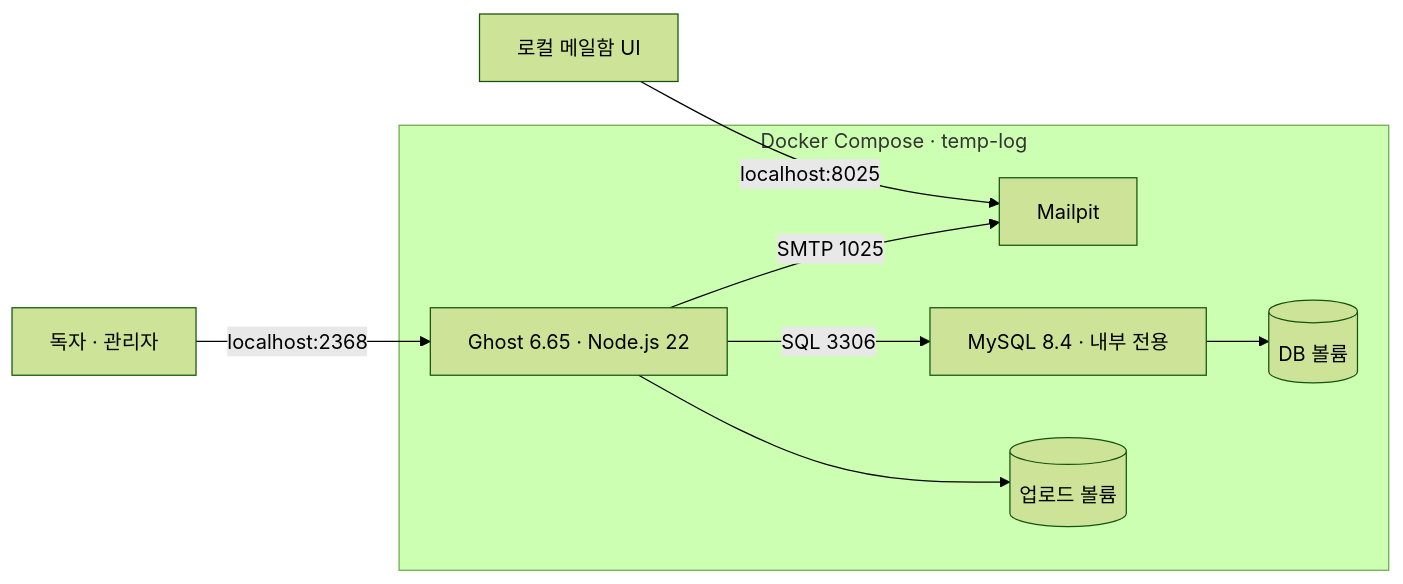
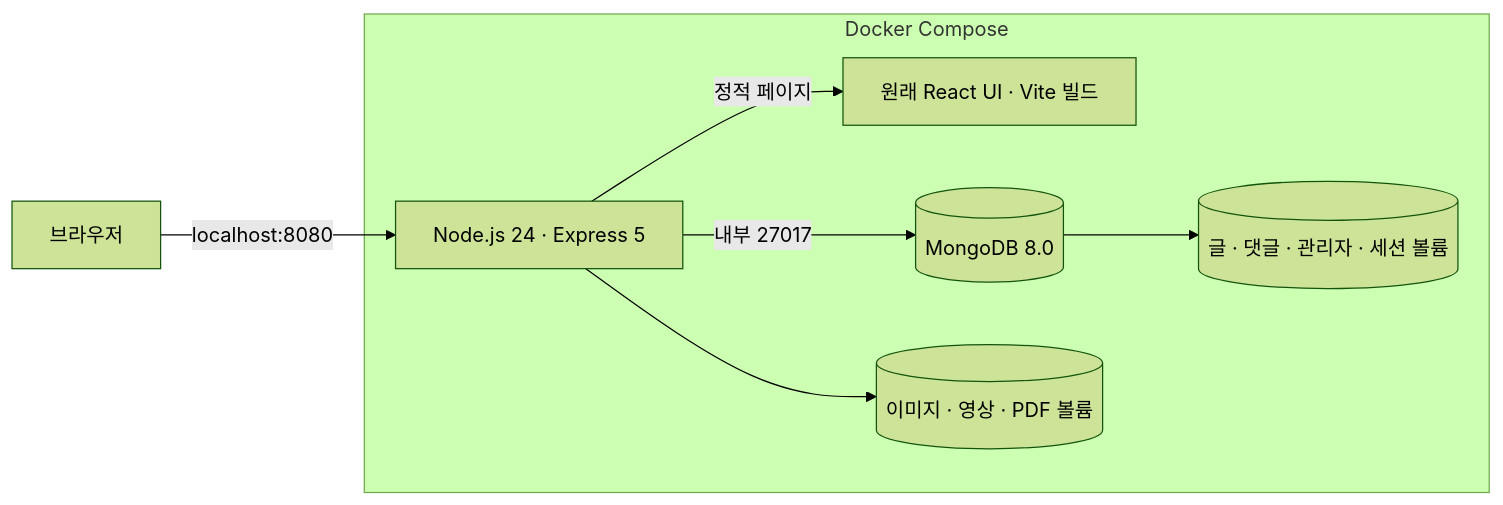
The first of 2 diagrams in docs/ARCHITECTURE.md (monitor5/Temp_log), drawn with Mermaid (forest theme) before and after one commit. The commit also changed other lines of this file and 131 other files, not shown here.

Commit message:
Restore original Arch-Log app and fix authentication, drafts, uploads and deployment

````diff
--- a/docs/ARCHITECTURE.md
+++ b/docs/ARCHITECTURE.md
@@ -7,18 +5,10 @@
 ```mermaid
 flowchart LR
-    browser["독자 · 관리자"]
-    inbox["로컬 메일함 UI"]
-    subgraph composeStack["Docker Compose · temp-log"]
-        ghost["Ghost 6.65 · Node.js 22"]
-        mailpit["Mailpit"]
-        mysql["MySQL 8.4 · 내부 전용"]
-        content[("업로드 볼륨")]
-        data[("DB 볼륨")]
-        ghost -->|"SQL 3306"| mysql
-        ghost -->|"SMTP 1025"| mailpit
-        ghost --> content
-        mysql --> data
-    end
-    browser -->|"localhost:2368"| ghost
-    inbox -->|"localhost:8025"| mailpit
+  user["브라우저"] -->|"localhost:8080"| app
+  subgraph docker["Docker Compose"]
+    app["Node.js 24 · Express 5"] -->|"정적 페이지"| ui["원래 React UI · Vite 빌드"]
+    app -->|"내부 27017"| mongo[("MongoDB 8.0")]
+    app --> uploads[("이미지 · 영상 · PDF 볼륨")]
+    mongo --> disk[("글 · 댓글 · 관리자 · 세션 볼륨")]
+  end
 ```
````
